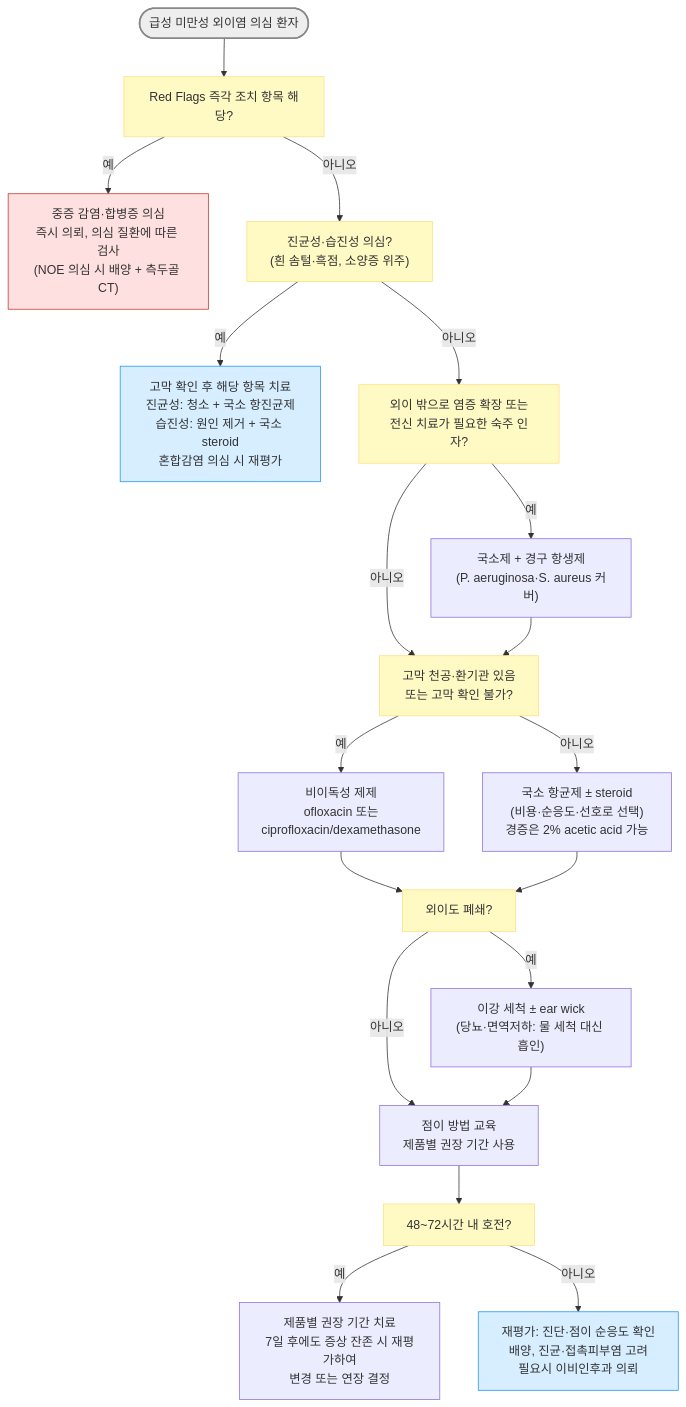
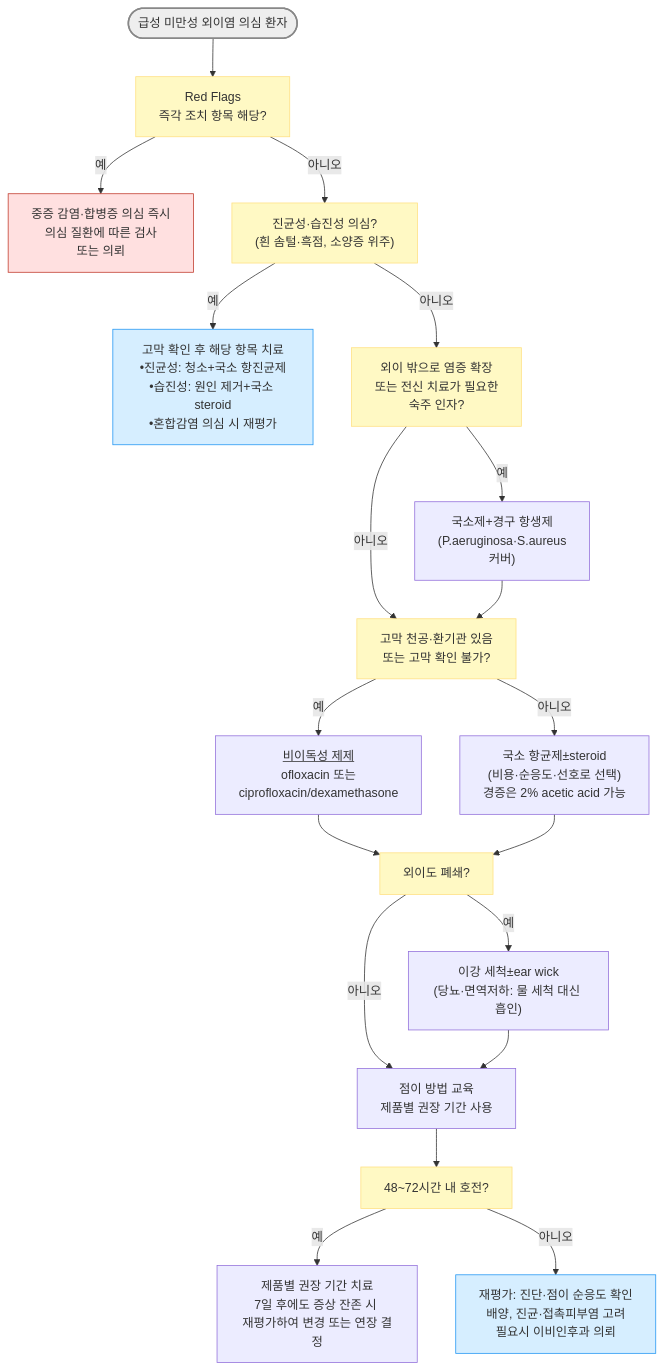
One commit to familyoh77/familyoh77 changed the second of 2 diagrams in 222_/047_-otitis-externa.md. Above: the diagram before and after it, drawn with Mermaid. The commit also changed other lines of this file, not shown here.

````diff
--- a/222_/047_-otitis-externa.md
+++ b/222_/047_-otitis-externa.md
@@ -126,32 +131,27 @@
 ```mermaid
 graph TD
-    START(["급성 미만성 외이염 의심 환자"]) --> RF["Red Flags 즉각 조치 항목 해당?"]
-    RF -- "예" --> NOE["중증 감염·합병증 의심<br/>즉시 의뢰, 의심 질환에 따른 검사<br/>(NOE 의심 시 배양 + 측두골 CT)"]
+    START(["급성 미만성 외이염 의심 환자"]) --> RF["Red Flags <br/>즉각 조치 항목 해당?"]
+    RF -- "예" --> NOE["중증 감염·합병증 의심 즉시 <br/>의심 질환에 따른 검사 <br/>또는 의뢰"]
     RF -- "아니오" --> TYPE["진균성·습진성 의심?<br/>(흰 솜털·흑점, 소양증 위주)"]
-    TYPE -- "예" --> OTHER["고막 확인 후 해당 항목 치료<br/>진균성: 청소 + 국소 항진균제<br/>습진성: 원인 제거 + 국소 steroid<br/>혼합감염 의심 시 재평가"]
-    TYPE -- "아니오" --> EXT["외이 밖으로 염증 확장 또는<br/>전신 치료가 필요한 숙주 인자?"]
-    EXT -- "예" --> SYS["국소제 + 경구 항생제<br/>(P. aeruginosa·S. aureus 커버)"]
+    TYPE -- "예" --> OTHER["고막 확인 후 해당 항목 치료<br/>•진균성: 청소+국소 항진균제<br/>•습진성: 원인 제거+국소 steroid<br/>•혼합감염 의심 시 재평가"]
+    TYPE -- "아니오" --> EXT["외이 밖으로 염증 확장 <br/>또는 전신 치료가 필요한 <br/>숙주 인자?"]
+    EXT -- "예" --> SYS["국소제+경구 항생제<br/>(P.aeruginosa·S.aureus <br/>커버)"]
     EXT -- "아니오" --> TM["고막 천공·환기관 있음<br/>또는 고막 확인 불가?"]
-    TM -- "예" --> NONOTO["비이독성 제제<br/>ofloxacin 또는<br/>ciprofloxacin/dexamethasone"]
-    TM -- "아니오" --> ANY["국소 항균제 ± steroid<br/>(비용·순응도·선호로 선택)<br/>경증은 2% acetic acid 가능"]
+    TM -- "예" --> NONOTO["<u>비이독성 제제</u><br/>ofloxacin 또는<br/>ciprofloxacin/dexamethasone"]
+    TM -- "아니오" --> ANY["국소 항균제±steroid<br/>(비용·순응도·선호로 선택)<br/>경증은 2% acetic acid 가능"]
     SYS --> TM
     NONOTO --> OBS["외이도 폐쇄?"]
     ANY --> OBS
-    OBS -- "예" --> TOIL["이강 세척 ± ear wick<br/>(당뇨·면역저하: 물 세척 대신 흡인)"]
+    OBS -- "예" --> TOIL["이강 세척±ear wick<br/>(당뇨·면역저하: 물 세척 대신 흡인)"]
     OBS -- "아니오" --> EDU["점이 방법 교육<br/>제품별 권장 기간 사용"]
     TOIL --> EDU
     EDU --> R48["48~72시간 내 호전?"]
-    R48 -- "예" --> DONE["제품별 권장 기간 치료<br/>7일 후에도 증상 잔존 시 재평가하여<br/>변경 또는 연장 결정"]
+    R48 -- "예" --> DONE["제품별 권장 기간 치료<br/>7일 후에도 증상 잔존 시 <br/>재평가하여 변경 또는 연장 결정"]
     R48 -- "아니오" --> REEVAL["재평가: 진단·점이 순응도 확인<br/>배양, 진균·접촉피부염 고려<br/>필요시 이비인후과 의뢰"]
-
     style START fill:#eeeeee,stroke:#888888,stroke-width:2px
-    style RF fill:#fff9c4,stroke:#ffe082
-    style TYPE fill:#fff9c4,stroke:#ffe082
     style OTHER fill:#d6eeff,stroke:#2196f3
-    style EXT fill:#fff9c4,stroke:#ffe082
-    style TM fill:#fff9c4,stroke:#ffe082
-    style OBS fill:#fff9c4,stroke:#ffe082
-    style R48 fill:#fff9c4,stroke:#ffe082
+    classDef y fill:#fff9c4,stroke:#ffe082
+    class RF,TYPE,EXT,TM,OBS,R48 y
     style NOE fill:#ffe0e0,stroke:#c0392b
     style REEVAL fill:#d6eeff,stroke:#2196f3
 ```
````
